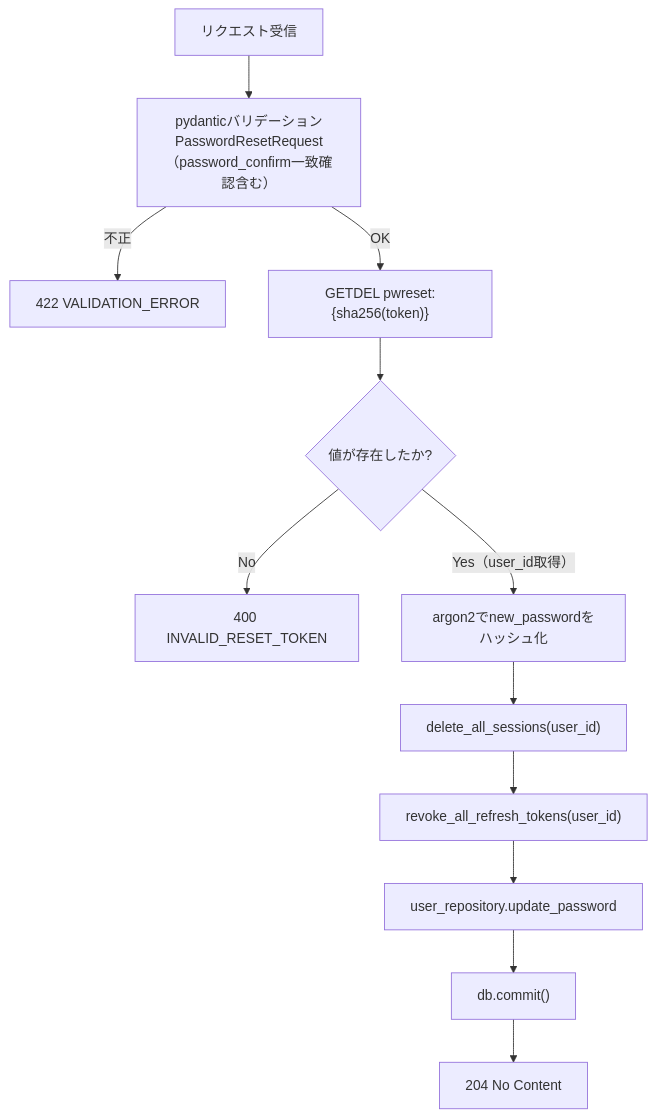
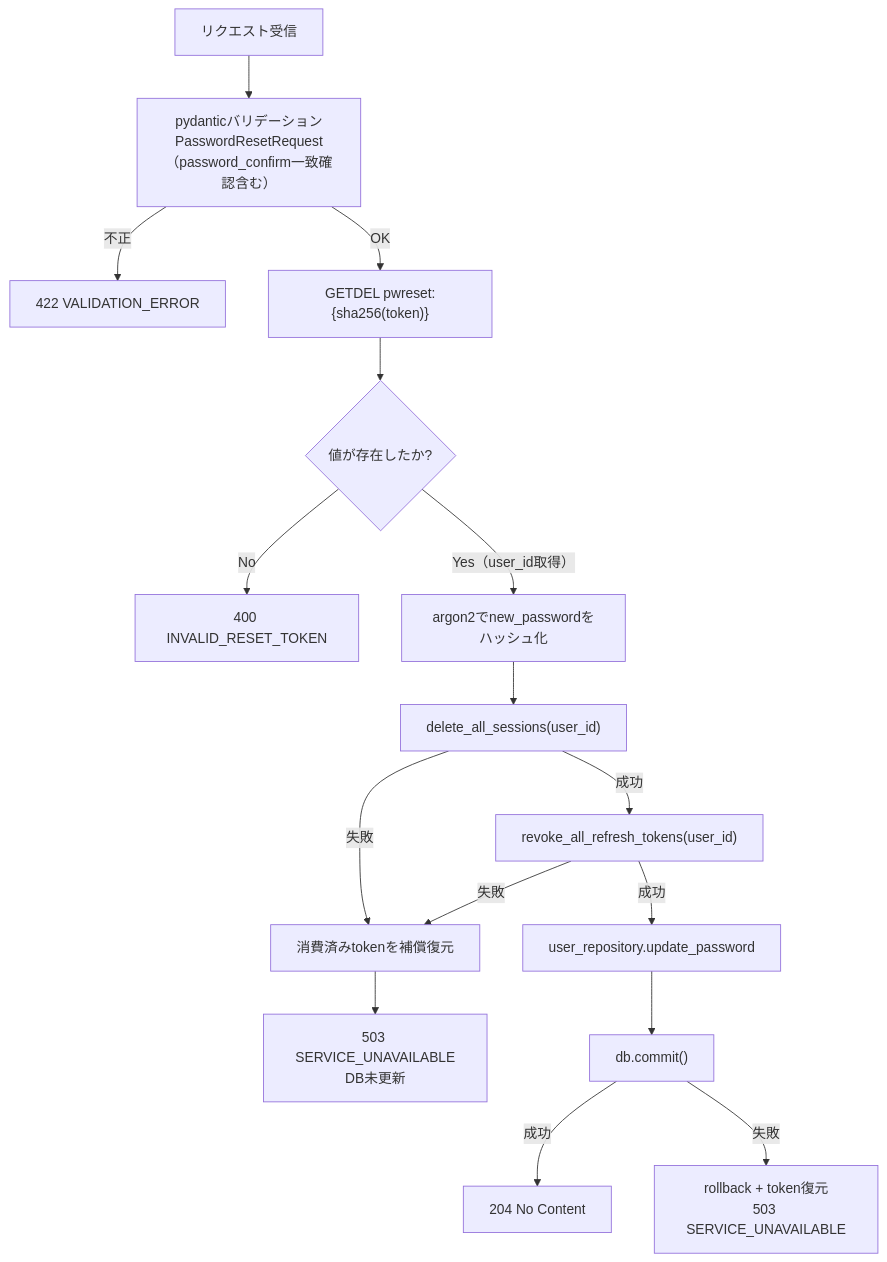
One commit to oikawa-d/task_management changed the second of 4 diagrams in docs/detailed_design/api/auth/10_post_auth_password_reset.md. Above: the diagram before and after it, drawn with Mermaid. The commit also changed other lines of this file and 65 other files, not shown here.

````diff
--- a/docs/detailed_design/api/auth/10_post_auth_password_reset.md
+++ b/docs/detailed_design/api/auth/10_post_auth_password_reset.md
@@ -126,14 +139,18 @@
 ```mermaid
 flowchart TB
     A["リクエスト受信"] --> B["pydanticバリデーション<br/>PasswordResetRequest<br/>（password_confirm一致確認含む）"]
     B -->|"不正"| E1["422 VALIDATION_ERROR"]
     B -->|"OK"| C["GETDEL pwreset:{sha256(token)}"]
     C --> D{"値が存在したか?"}
     D -->|"No"| E2["400 INVALID_RESET_TOKEN"]
     D -->|"Yes（user_id取得）"| F["argon2でnew_passwordをハッシュ化"]
     F --> G["delete_all_sessions(user_id)"]
-    G --> H["revoke_all_refresh_tokens(user_id)"]
-    H --> I["user_repository.update_password"]
+    G -->|"失敗"| R1["消費済みtokenを補償復元"]
+    G -->|"成功"| H["revoke_all_refresh_tokens(user_id)"]
+    H -->|"失敗"| R1
+    H -->|"成功"| I["user_repository.update_password"]
     I --> J["db.commit()"]
-    J --> K["204 No Content"]
+    J -->|"成功"| K["204 No Content"]
+    J -->|"失敗"| R2["rollback + token復元<br/>503 SERVICE_UNAVAILABLE"]
+    R1 --> E3["503 SERVICE_UNAVAILABLE<br/>DB未更新"]
 ```
````
